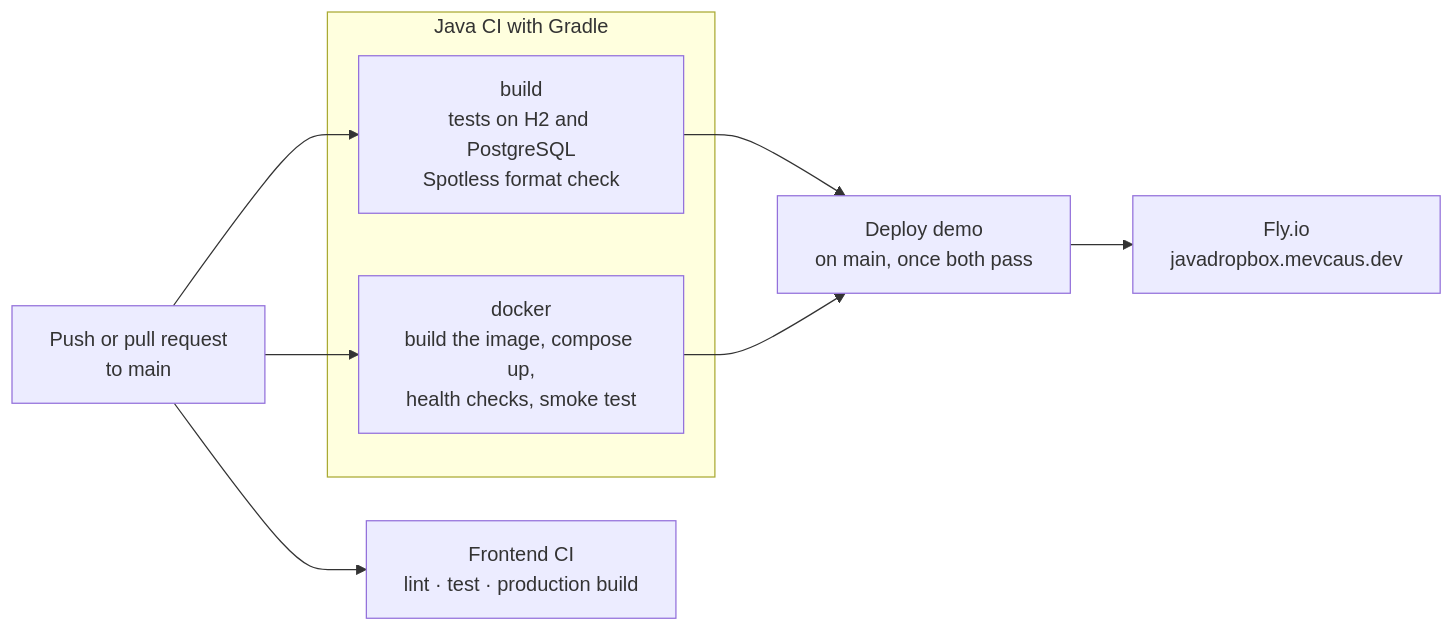
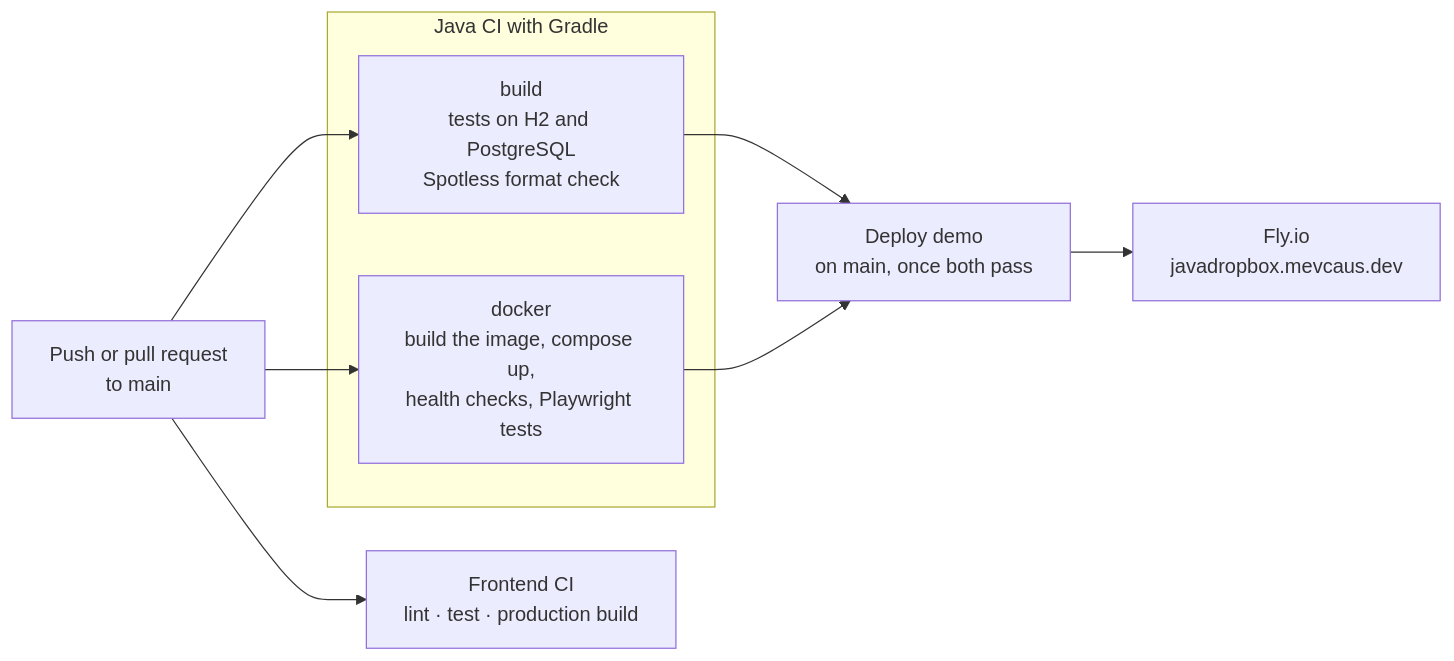
The fifth of 5 diagrams in README.md (mevcaus/JavaDropbox), drawn with Mermaid before and after one commit. The commit also changed other lines of this file and 1 other file, not shown here.

Commit message:
document the end-to-end tests

````diff
--- a/README.md
+++ b/README.md
@@ -247,14 +247,14 @@
 ```mermaid
 flowchart LR
     Push["Push or pull request<br/>to main"] --> Build & Docker & Frontend
 
     subgraph Gradle["Java CI with Gradle"]
         Build["build<br/>tests on H2 and PostgreSQL<br/>Spotless format check"]
-        Docker["docker<br/>build the image, compose up,<br/>health checks, smoke test"]
+        Docker["docker<br/>build the image, compose up,<br/>health checks, Playwright tests"]
     end
 
     Frontend["Frontend CI<br/>lint · test · production build"]
 
     Build & Docker --> Deploy["Deploy demo<br/>on main, once both pass"]
     Deploy --> Fly["Fly.io<br/>javadropbox.mevcaus.dev"]
 ```
````
